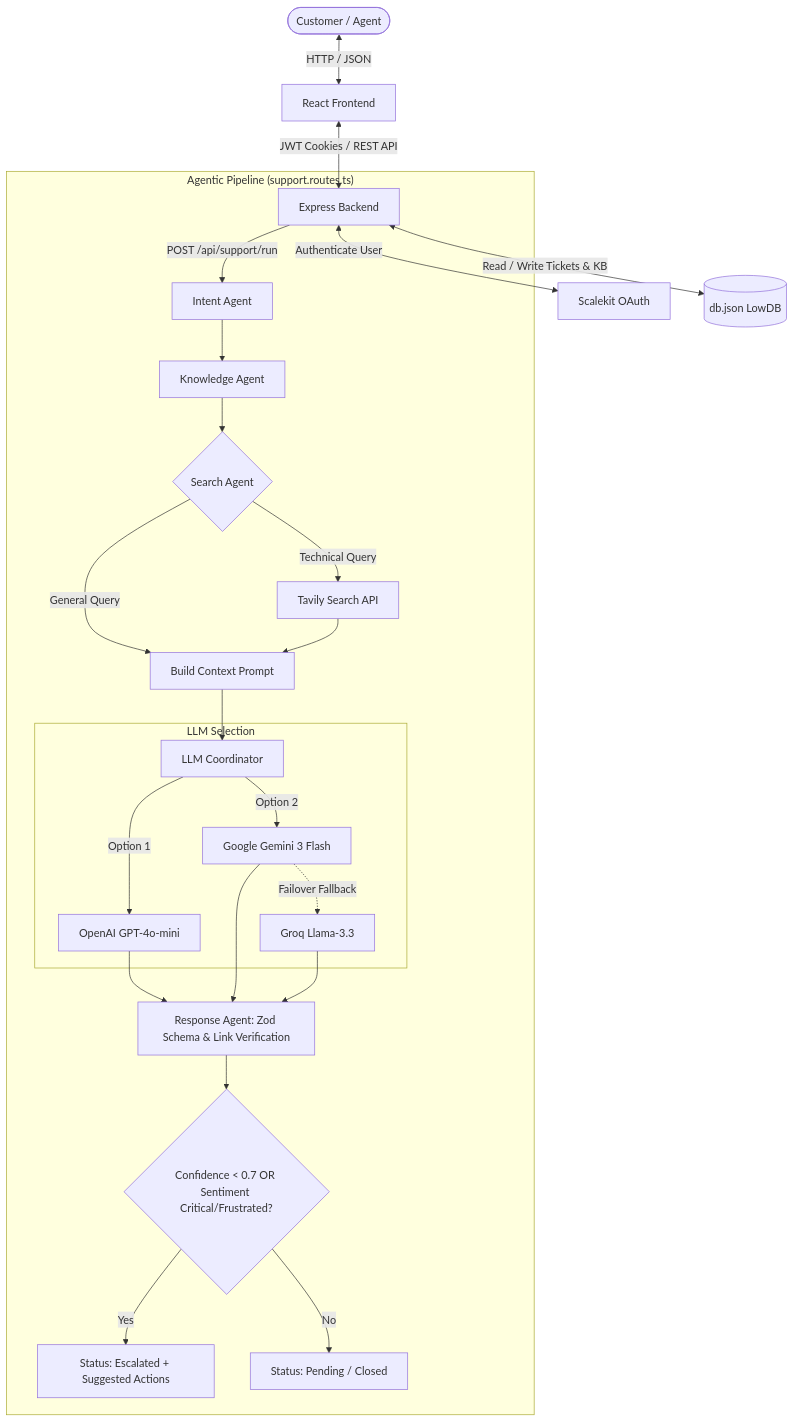
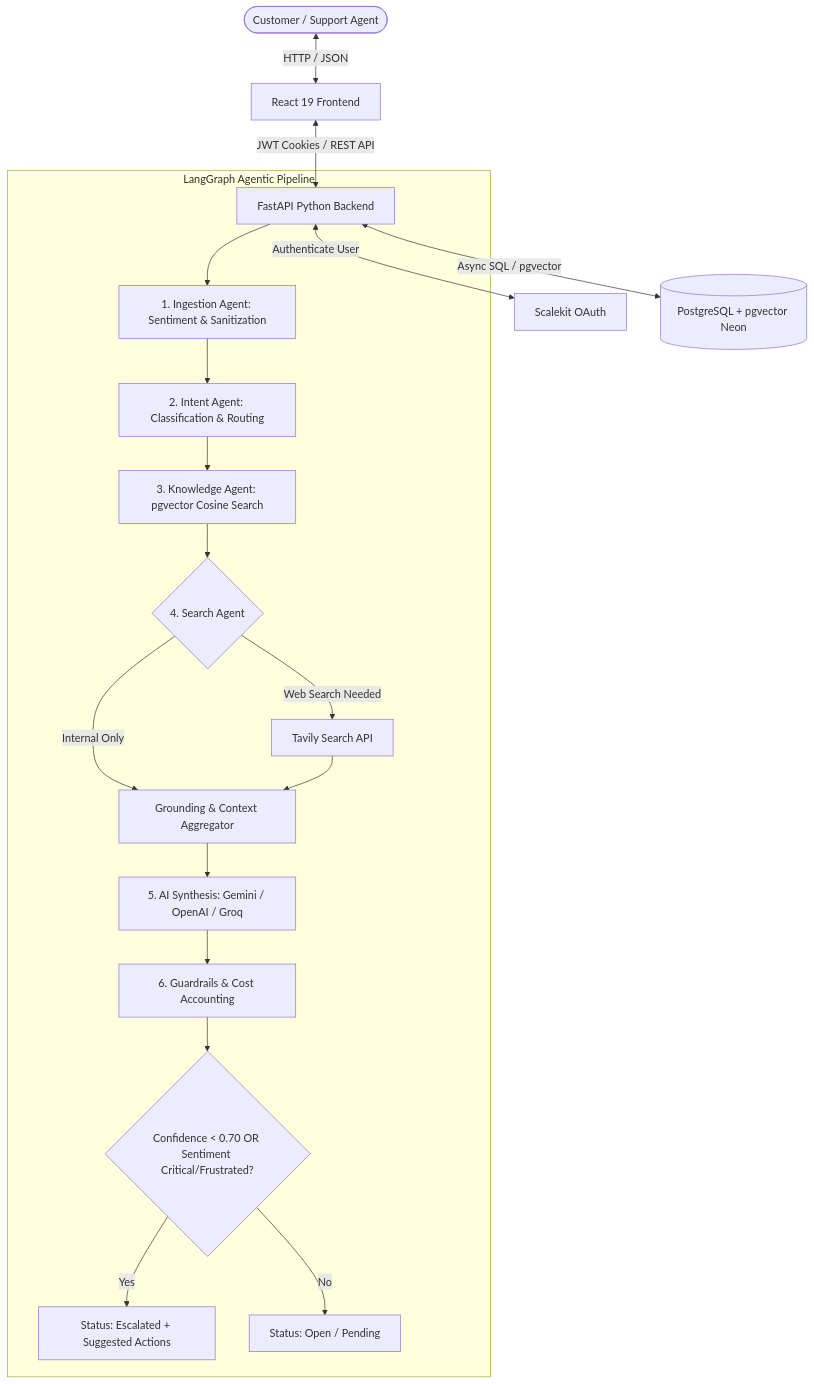
Before and after one commit to aggisanjay/fullstack_ai_Supportdesk_Agent_with_longchain: the diagram in README.md, drawn with Mermaid. The commit also changed other lines of this file and 67 other files, not shown here.

````diff
--- a/README.md
+++ b/README.md
@@ -30,28 +29,22 @@
 ```mermaid
 graph TD
-    User([Customer / Agent]) <--> |HTTP / JSON| FE[React Frontend]
-    FE <--> |JWT Cookies / REST API| BE[Express Backend]
+    User([Customer / Support Agent]) <--> |HTTP / JSON| FE[React 19 Frontend]
+    FE <--> |JWT Cookies / REST API| BE[FastAPI Python Backend]
     BE <--> |Authenticate User| Scalekit[Scalekit OAuth]
-    BE <--> |Read / Write Tickets & KB| DB[(db.json LowDB)]
+    BE <--> |Async SQL / pgvector| NeonDB[(PostgreSQL + pgvector Neon)]
     
-    subgraph "Agentic Pipeline (support.routes.ts)"
-        BE --> |POST /api/support/run| Intent[Intent Agent]
-        Intent --> Knowledge[Knowledge Agent]
-        Knowledge --> Search{Search Agent}
-        Search -->|Technical Query| Tavily[Tavily Search API]
-        Search -->|General Query| Prompt[Build Context Prompt]
-        Tavily --> Prompt
-        Prompt --> LLM[LLM Coordinator]
-        
-        subgraph "LLM Selection"
-            LLM -->|Option 1| OpenAI[OpenAI GPT-4o-mini]
-            LLM -->|Option 2| Gemini[Google Gemini 3 Flash]
-            Gemini -.->|Failover Fallback| Groq[Groq Llama-3.3]
-        end
-        
-        OpenAI & Gemini & Groq --> Validation[Response Agent: Zod Schema & Link Verification]
-        Validation --> Escalation{Confidence < 0.7 OR Sentiment Critical/Frustrated?}
+    subgraph "LangGraph Agentic Pipeline"
+        BE --> Ingestion[1. Ingestion Agent: Sentiment & Sanitization]
+        Ingestion --> Intent[2. Intent Agent: Classification & Routing]
+        Intent --> Knowledge[3. Knowledge Agent: pgvector Cosine Search]
+        Knowledge --> Search{4. Search Agent}
+        Search -->|Web Search Needed| Tavily[Tavily Search API]
+        Search -->|Internal Only| Context[Grounding & Context Aggregator]
+        Tavily --> Context
+        Context --> Synthesis[5. AI Synthesis: Gemini / OpenAI / Groq]
+        Synthesis --> Guardrails[6. Guardrails & Cost Accounting]
+        Guardrails --> Escalation{Confidence < 0.70 OR Sentiment Critical/Frustrated?}
         Escalation -->|Yes| EscTicket[Status: Escalated + Suggested Actions]
-        Escalation -->|No| SafeTicket[Status: Pending / Closed]
+        Escalation -->|No| OpenTicket[Status: Open / Pending]
     end
 ```
````
